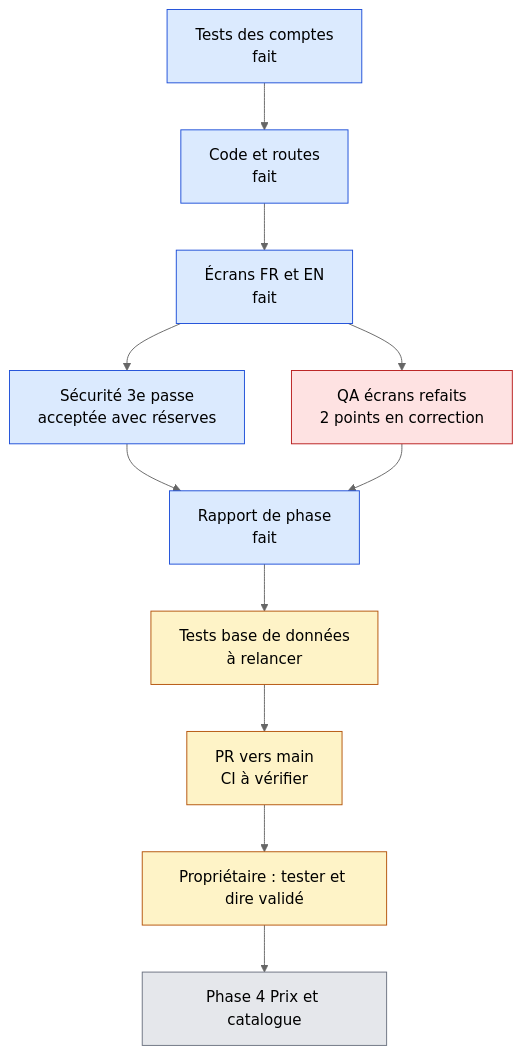
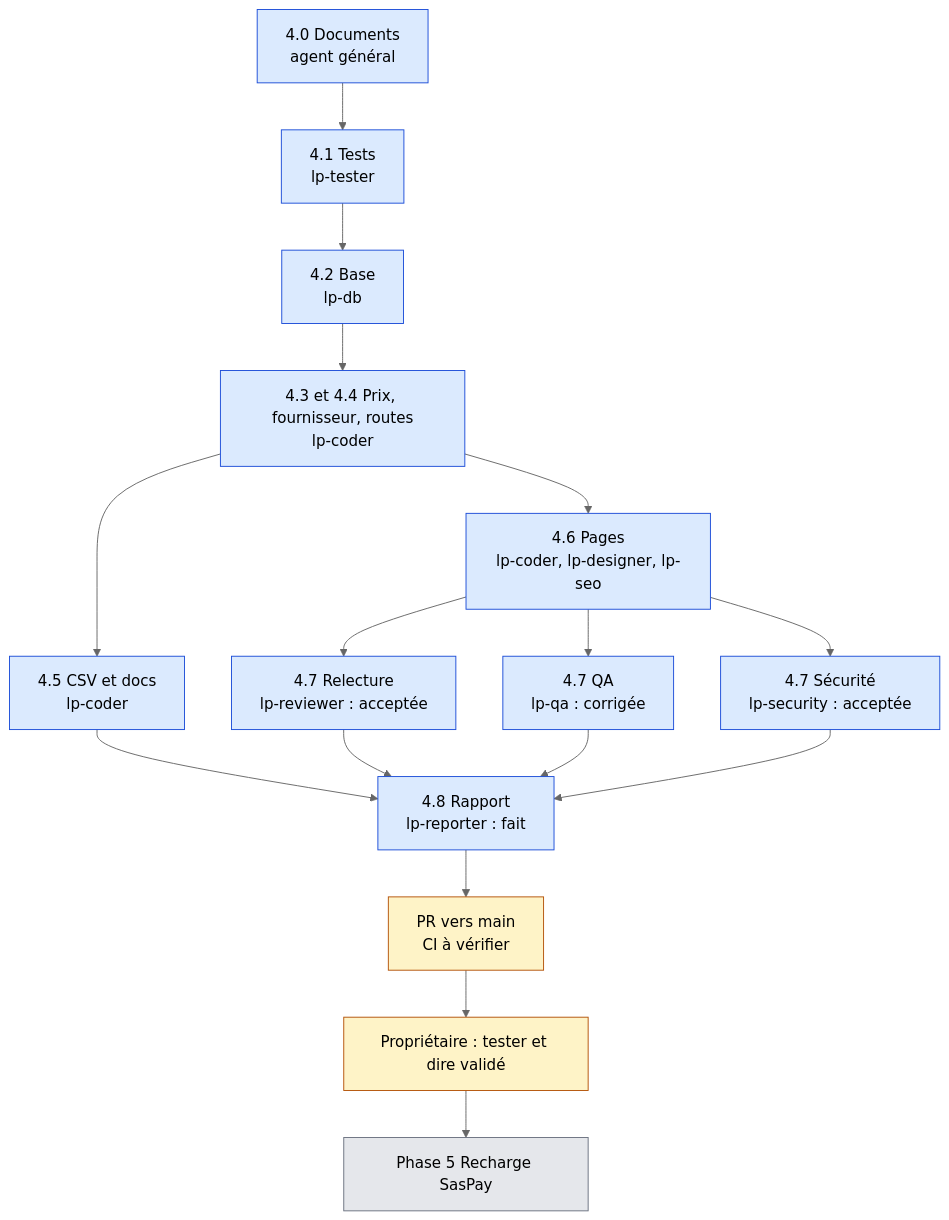
One commit to lyon32/lyonpanel changed the fourth of 5 diagrams in docs/reports/TABLEAU-DE-BORD.md. Above: the diagram before and after it, drawn with Mermaid (neutral theme). The commit also changed other lines of this file and 98 other files, not shown here.

First line of the commit message:
feat(catalogue): corrections QA et sécurité, rapports de la phase 4

````diff
--- a/docs/reports/TABLEAU-DE-BORD.md
+++ b/docs/reports/TABLEAU-DE-BORD.md
@@ -91,21 +91,24 @@
 ```mermaid
 flowchart TD
-  TS["Tests des comptes<br/>fait"] --> CO["Code et routes<br/>fait"]
-  CO --> DE["Écrans FR et EN<br/>fait"]
-  DE --> SE["Sécurité 3e passe<br/>acceptée avec réserves"]
-  DE --> QA["QA écrans refaits<br/>2 points en correction"]
-  SE --> RA["Rapport de phase<br/>fait"]
-  QA --> RA
-  RA --> DB["Tests base de données<br/>à relancer"]
-  DB --> PR["PR vers main<br/>CI à vérifier"]
+  T0["4.0 Documents<br/>agent général"] --> T1["4.1 Tests<br/>lp-tester"]
+  T1 --> T2["4.2 Base<br/>lp-db"]
+  T2 --> T3["4.3 et 4.4 Prix, fournisseur, routes<br/>lp-coder"]
+  T3 --> T5["4.5 CSV et docs<br/>lp-coder"]
+  T3 --> T6["4.6 Pages<br/>lp-coder, lp-designer, lp-seo"]
+  T6 --> R["4.7 Relecture<br/>lp-reviewer : acceptée"]
+  T6 --> Q["4.7 QA<br/>lp-qa : corrigée"]
+  T6 --> S["4.7 Sécurité<br/>lp-security : acceptée"]
+  T5 --> RP["4.8 Rapport<br/>lp-reporter : fait"]
+  R --> RP
+  Q --> RP
+  S --> RP
+  RP --> PR["PR vers main<br/>CI à vérifier"]
   PR --> OWN["Propriétaire : tester et dire validé"]
-  OWN --> NEXT["Phase 4 Prix et catalogue"]
+  OWN --> NEXT["Phase 5 Recharge SasPay"]
   classDef fait fill:#DBEAFE,stroke:#1D4ED8,color:#000
   classDef attente fill:#FEF3C7,stroke:#B45309,color:#000
-  classDef bloque fill:#FEE2E2,stroke:#B91C1C,color:#000
   classDef afaire fill:#E5E7EB,stroke:#6B7280,color:#000
-  class TS,CO,DE,SE,RA fait
-  class QA bloque
-  class DB,PR,OWN attente
+  class T0,T1,T2,T3,T5,T6,R,Q,S,RP fait
+  class PR,OWN attente
   class NEXT afaire
 ```
````
